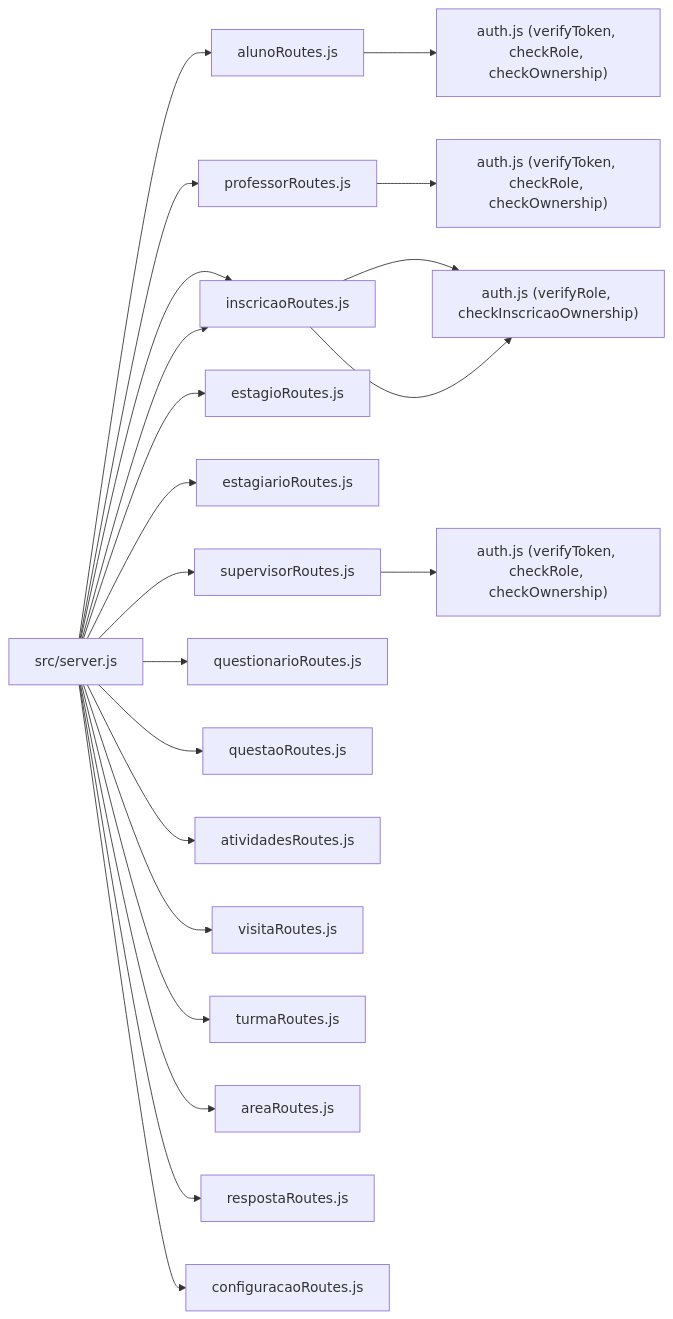
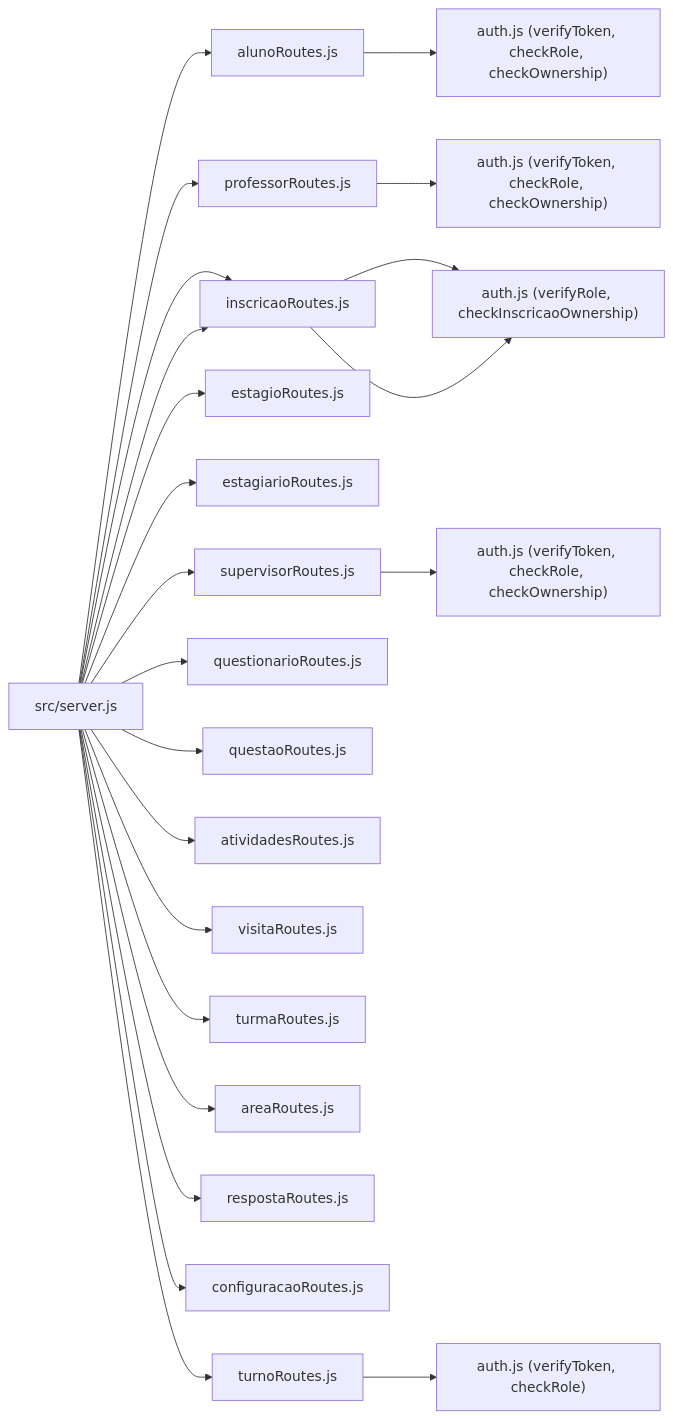
One commit to luiseduacosta/nodemural changed the fourth of 4 diagrams in .qoder/repowiki/en/content/API Reference/API Reference.md. Above: the diagram before and after it, drawn with Mermaid. The commit also changed other lines of this file and 4 other files, not shown here.

````diff
--- a/.qoder/repowiki/en/content/API Reference/API Reference.md
+++ b/.qoder/repowiki/en/content/API Reference/API Reference.md
@@ -944,23 +1034,25 @@
 ```mermaid
 graph LR
 Server["src/server.js"] --> AR["alunoRoutes.js"]
 Server --> PR["professorRoutes.js"]
 Server --> IR["instituicaoRoutes.js"]
 Server --> ER["estagioRoutes.js"]
 Server --> ETR["estagiarioRoutes.js"]
 Server --> IR["inscricaoRoutes.js"]
 Server --> SR["supervisorRoutes.js"]
 Server --> QR["questionarioRoutes.js"]
 Server --> QAr["questaoRoutes.js"]
 Server --> ATR["atividadesRoutes.js"]
 Server --> VR["visitaRoutes.js"]
 Server --> TR["turmaRoutes.js"]
 Server --> AIR["areaRoutes.js"]
 Server --> RR["respostaRoutes.js"]
 Server --> CR["configuracaoRoutes.js"]
+Server --> TUR["turnoRoutes.js"]
 AR --> AMW["auth.js (verifyToken, checkRole, checkOwnership)"]
 PR --> PMW["auth.js (verifyToken, checkRole, checkOwnership)"]
 IR --> IMW["auth.js (verifyToken, checkRole)"]
 SR --> SMW["auth.js (verifyToken, checkRole, checkOwnership)"]
 IR --> IMW["auth.js (verifyRole, checkInscricaoOwnership)"]
+TUR --> TMW["auth.js (verifyToken, checkRole)"]
 ```
````
